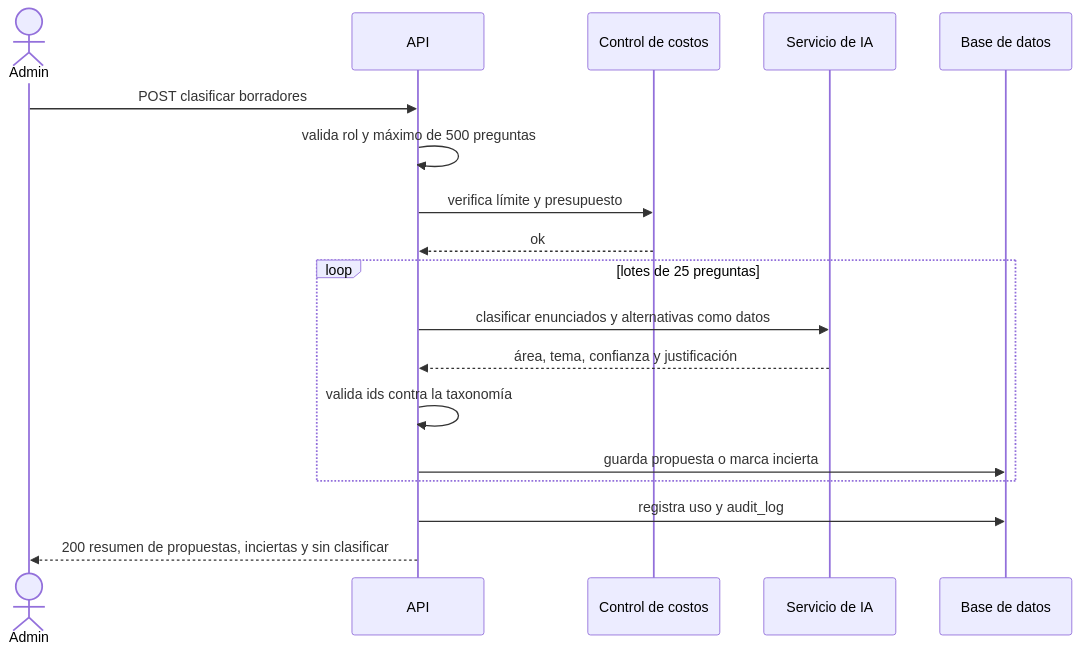
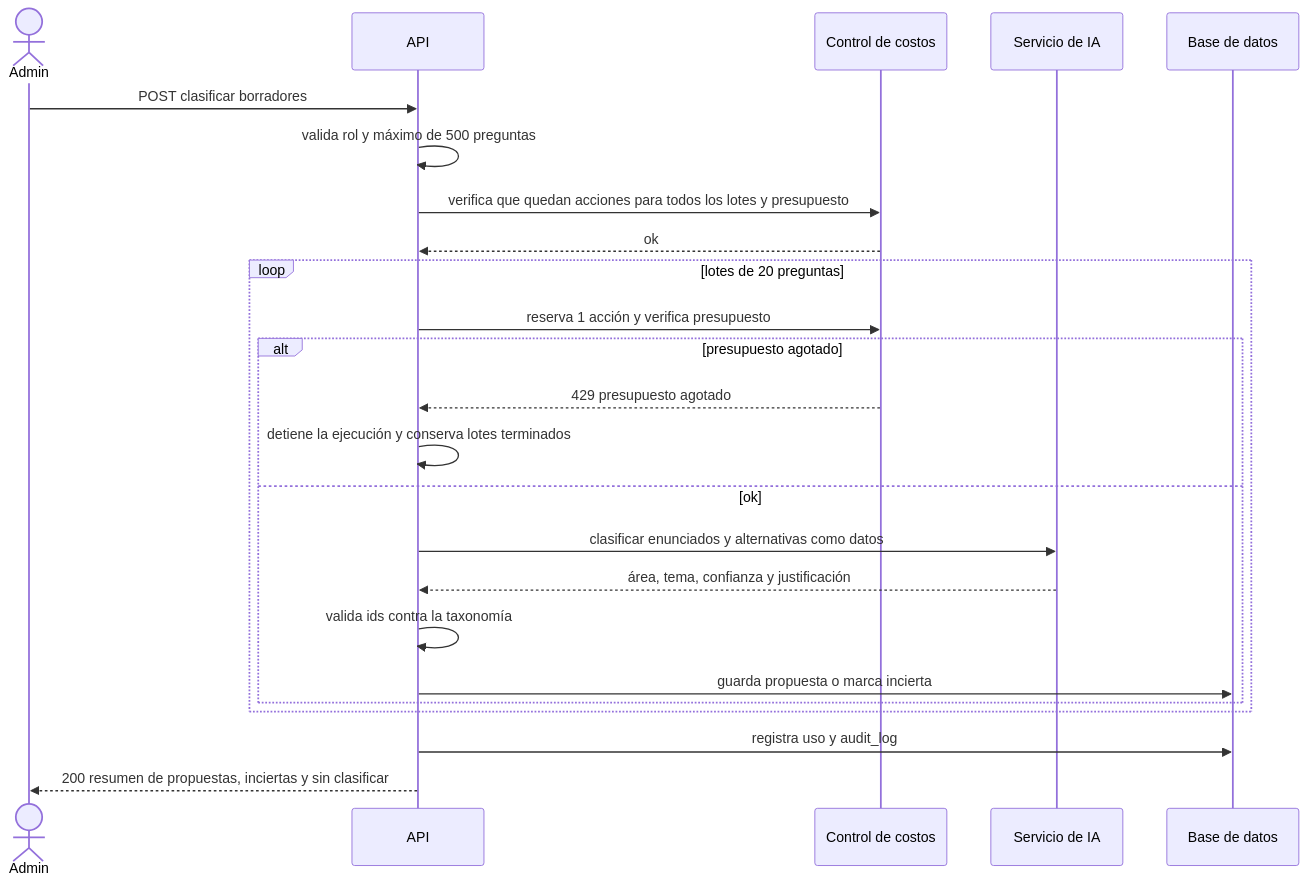
Before and after one commit to bacsystem/learning: the diagram in docs/stories/serums-ia/E3-04-clasificacion-ia.md, drawn with Mermaid. The commit also changed other lines of this file and 33 other files, not shown here.

````diff
--- a/docs/stories/serums-ia/E3-04-clasificacion-ia.md
+++ b/docs/stories/serums-ia/E3-04-clasificacion-ia.md
@@ -27,20 +30,26 @@
 ```mermaid
 sequenceDiagram
   actor A as Admin
   participant API as API
   participant C as Control de costos
   participant IA as Servicio de IA
   participant DB as Base de datos
   A->>API: POST clasificar borradores
   API->>API: valida rol y máximo de 500 preguntas
-  API->>C: verifica límite y presupuesto
+  API->>C: verifica que quedan acciones para todos los lotes y presupuesto
   C-->>API: ok
-  loop lotes de 25 preguntas
-    API->>IA: clasificar enunciados y alternativas como datos
-    IA-->>API: área, tema, confianza y justificación
-    API->>API: valida ids contra la taxonomía
-    API->>DB: guarda propuesta o marca incierta
+  loop lotes de 20 preguntas
+    API->>C: reserva 1 acción y verifica presupuesto
+    alt presupuesto agotado
+      C-->>API: 429 presupuesto agotado
+      API->>API: detiene la ejecución y conserva lotes terminados
+    else ok
+      API->>IA: clasificar enunciados y alternativas como datos
+      IA-->>API: área, tema, confianza y justificación
+      API->>API: valida ids contra la taxonomía
+      API->>DB: guarda propuesta o marca incierta
+    end
   end
   API->>DB: registra uso y audit_log
   API-->>A: 200 resumen de propuestas, inciertas y sin clasificar
 ```
````
